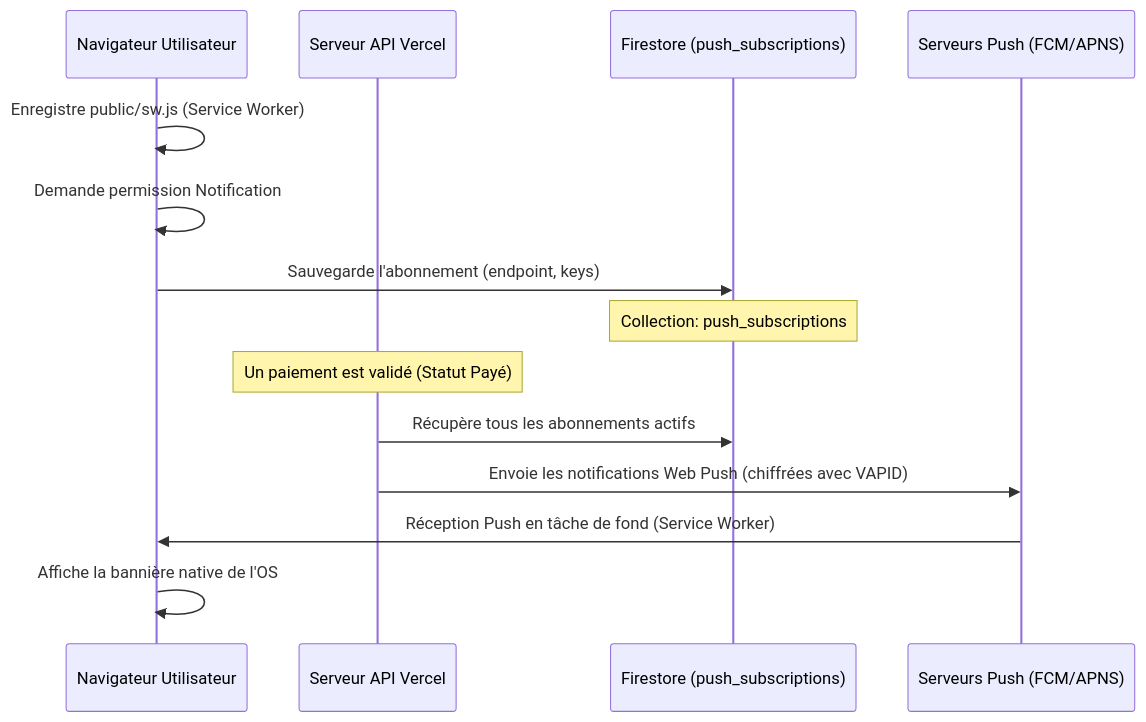
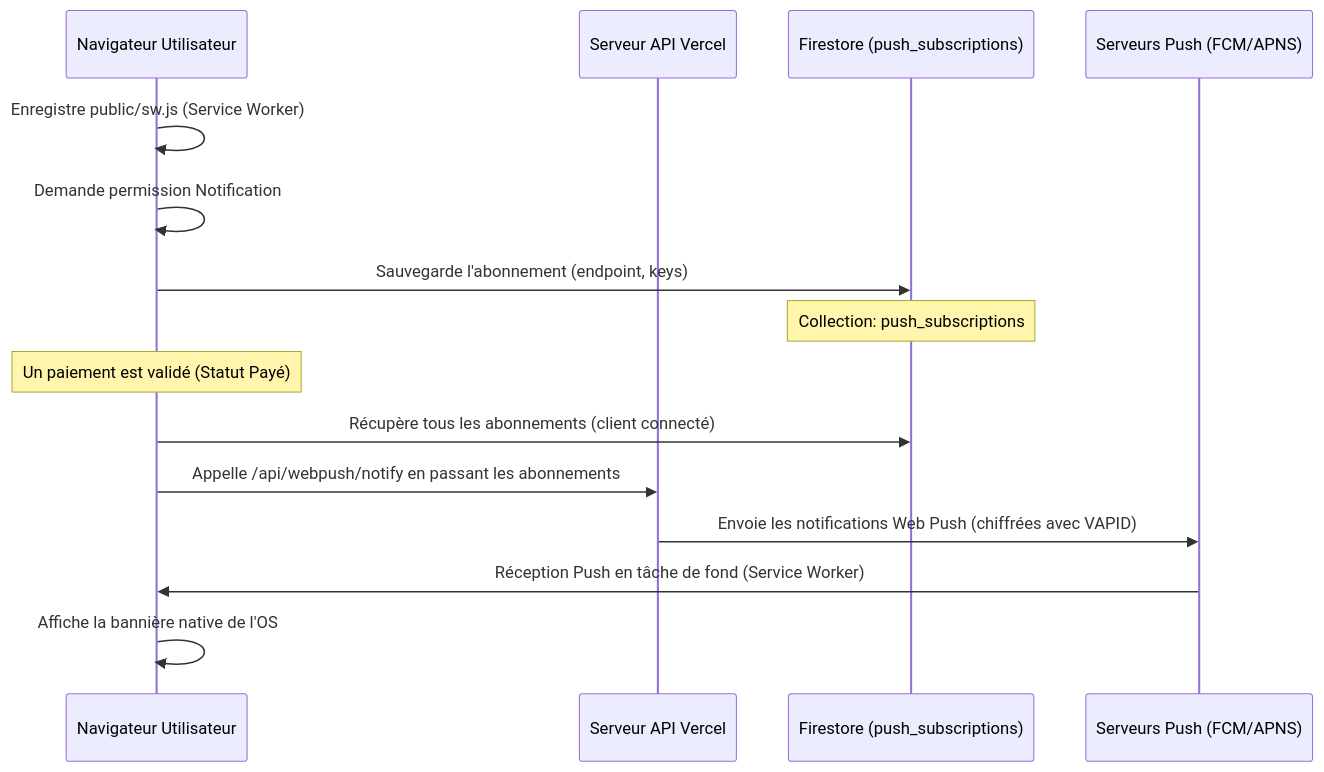
Before and after one commit to mahdigouia/GesstionClients: the diagram in CONTEXT_NOTIFICATIONS.md, drawn with Mermaid.

Commit message:
docs: update sequence diagram in context document for permissions fix

````diff
--- a/CONTEXT_NOTIFICATIONS.md
+++ b/CONTEXT_NOTIFICATIONS.md
@@ -11,18 +11,19 @@
 ```mermaid
 sequenceDiagram
     participant Navigateur as Navigateur Utilisateur
     participant Vercel as Serveur API Vercel
     participant DB as Firestore (push_subscriptions)
     participant Google as Serveurs Push (FCM/APNS)
 
     Navigateur->>Navigateur: Enregistre public/sw.js (Service Worker)
     Navigateur->>Navigateur: Demande permission Notification
     Navigateur->>DB: Sauvegarde l'abonnement (endpoint, keys)
     Note over DB: Collection: push_subscriptions
     
-    Note over Vercel: Un paiement est validé (Statut Payé)
-    Vercel->>DB: Récupère tous les abonnements actifs
+    Note over Navigateur: Un paiement est validé (Statut Payé)
+    Navigateur->>DB: Récupère tous les abonnements (client connecté)
+    Navigateur->>Vercel: Appelle /api/webpush/notify en passant les abonnements
     Vercel->>Google: Envoie les notifications Web Push (chiffrées avec VAPID)
     Google->>Navigateur: Réception Push en tâche de fond (Service Worker)
     Navigateur->>Navigateur: Affiche la bannière native de l'OS
 ```
````
